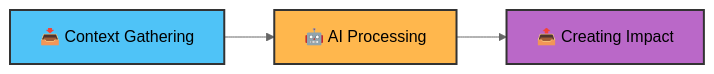
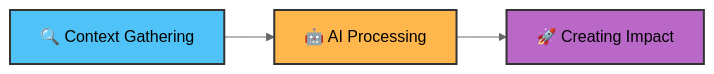
One commit to dev-pods/ai-in-actions changed the diagram in .github/steps/2-step.md. Above: the diagram before and after it, drawn with Mermaid (neutral theme). The commit also changed other lines of this file and 1 other file, not shown here.

Commit message:
fix: enhance clarity in AI workflow steps and update impact terminology

````diff
--- a/.github/steps/2-step.md
+++ b/.github/steps/2-step.md
@@ -9,9 +9,9 @@
 ```mermaid
 graph LR
-    A[📥 Context Gathering] --> B[🤖 AI Processing]
-    B --> C[📤 Creating Impact]
+    A[🔍 Context Gathering] --> B[🤖 AI Processing]
+    B --> C[🚀 Creating Impact]
 
     style A fill:#4fc3f7,stroke:#333,stroke-width:2px,color:#000
     style B fill:#ffb74d,stroke:#333,stroke-width:2px,color:#000
     style C fill:#ba68c8,stroke:#333,stroke-width:2px,color:#000
 ```
````
